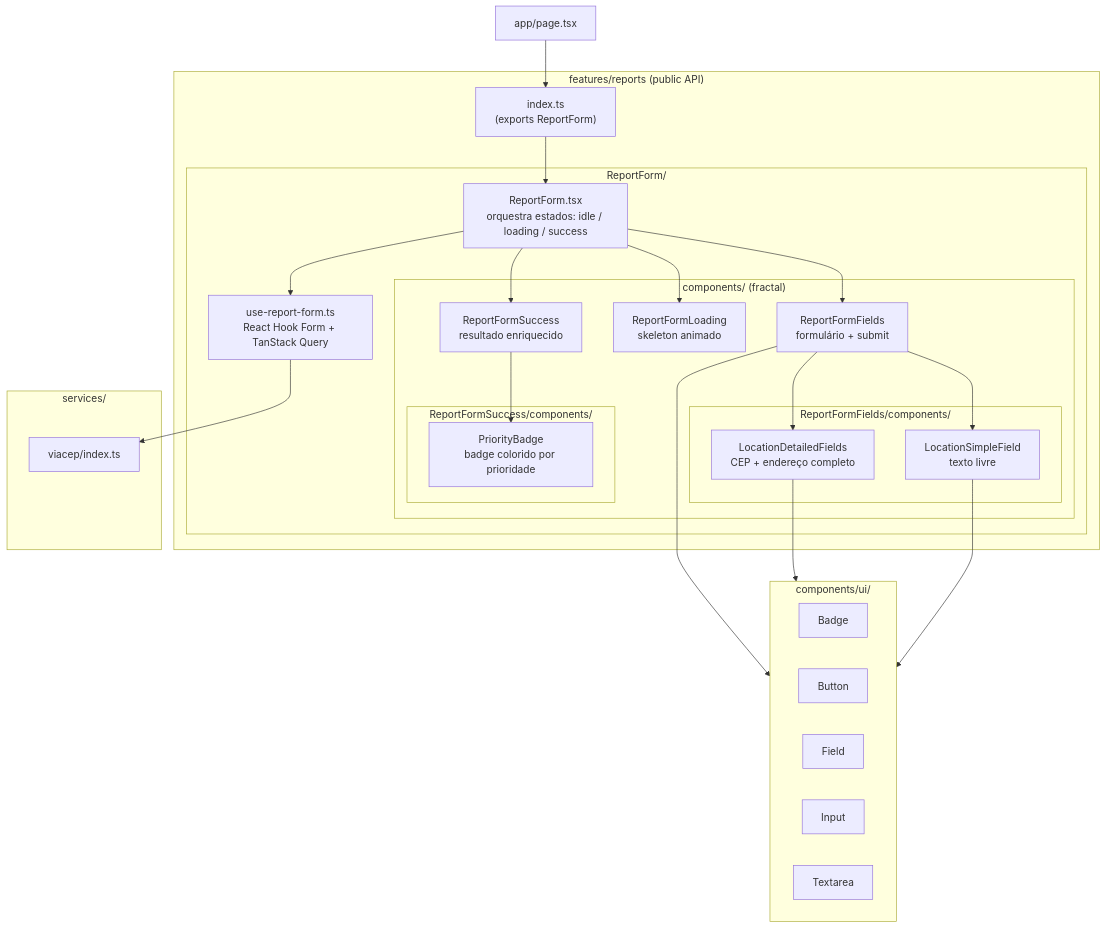
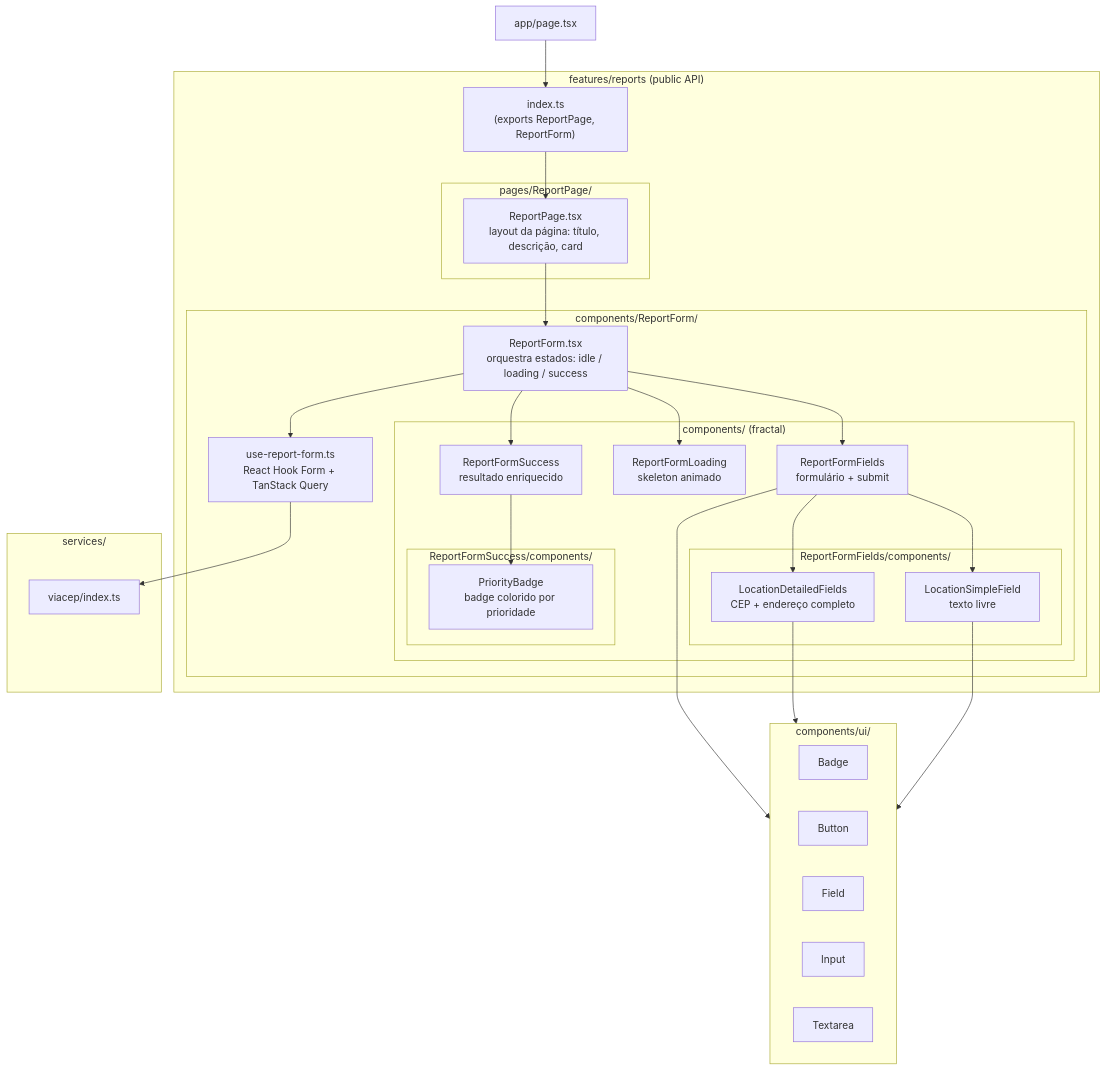
One commit to lgustavosoftwareengineer/zeladoria-inteligente changed the first of 3 diagrams in apps/web/README.md. Above: the diagram before and after it, drawn with Mermaid. The commit also changed other lines of this file, not shown here.

Commit message:
docs: update README.md to include ReportPage details and structure
- Added new section for `pages/ReportPage`, describing its layout and functionality within the reports feature.
- Updated the feature diagram to reflect the inclusion of `ReportPage` alongside `ReportForm`.
- Enhanced clarity on the component structure and routing for better developer understanding.

````diff
--- a/apps/web/README.md
+++ b/apps/web/README.md
@@ -83,54 +87,59 @@
 ```mermaid
 graph TB
     Page["app/page.tsx"]
 
     subgraph feature["features/reports (public API)"]
-        Index["index.ts<br/>(exports ReportForm)"]
+        Index["index.ts<br/>(exports ReportPage, ReportForm)"]
 
-        subgraph ReportForm["ReportForm/"]
+        subgraph ReportPage["pages/ReportPage/"]
+            RP["ReportPage.tsx<br/>layout da página: título, descrição, card"]
+        end
+
+        subgraph ReportForm["components/ReportForm/"]
             RF["ReportForm.tsx<br/>orquestra estados: idle / loading / success"]
             Hook["use-report-form.ts<br/>React Hook Form + TanStack Query"]
 
             subgraph RFChildren["components/ (fractal)"]
                 RFF["ReportFormFields<br/>formulário + submit"]
                 RFL["ReportFormLoading<br/>skeleton animado"]
                 RFS["ReportFormSuccess<br/>resultado enriquecido"]
 
                 subgraph RFFChildren["ReportFormFields/components/"]
                     LDF["LocationDetailedFields<br/>CEP + endereço completo"]
                     LSF["LocationSimpleField<br/>texto livre"]
                 end
 
                 subgraph RFSChildren["ReportFormSuccess/components/"]
                     PB["PriorityBadge<br/>badge colorido por prioridade"]
                 end
             end
         end
     end
 
     subgraph UI["components/ui/"]
         Badge
         Button
         Field
         Input
         Textarea
     end
 
     subgraph Services["services/"]
         ViaCEP["viacep/index.ts"]
     end
 
     Page --> Index
-    Index --> RF
+    Index --> RP
+    RP --> RF
     RF --> Hook
     RF --> RFF
     RF --> RFL
     RF --> RFS
     RFF --> LDF
     RFF --> LSF
     RFS --> PB
     Hook --> ViaCEP
     RFF --> UI
     LDF --> UI
     LSF --> UI
 ```
````
